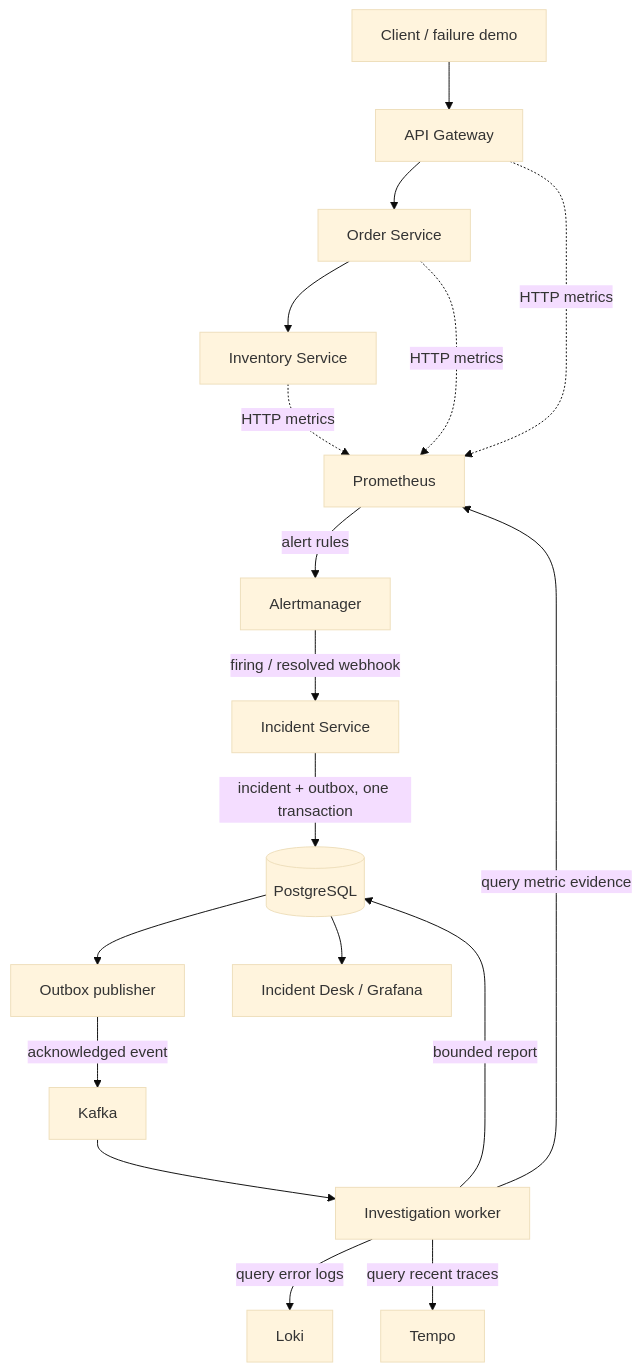
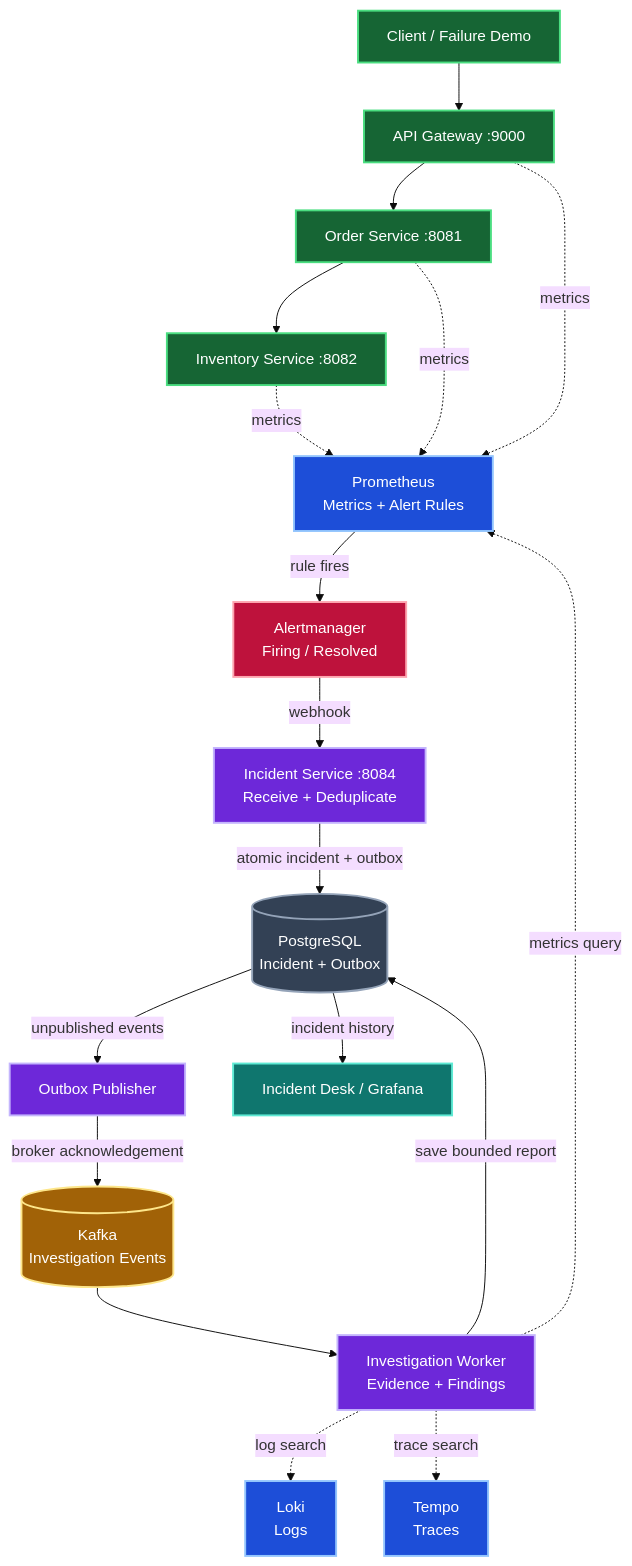
The diagram in README.md (Abhay123abhi/event-driven-incident-observability), drawn with Mermaid (base theme) before and after one commit.

Commit message:
docs: color and clarify the original incident architecture flowchart

````diff
--- a/README.md
+++ b/README.md
@@ -13,20 +13,36 @@
 ```mermaid
 flowchart TD
-    A["Client / failure demo"] --> G["API Gateway"]
-    G --> O["Order Service"]
-    O --> I["Inventory Service"]
-    G -. "HTTP metrics" .-> P["Prometheus"]
-    O -. "HTTP metrics" .-> P
-    I -. "HTTP metrics" .-> P
-    P -->|"alert rules"| AM["Alertmanager"]
-    AM -->|"firing / resolved webhook"| S["Incident Service"]
-    S -->|"incident + outbox, one transaction"| DB[("PostgreSQL")]
-    DB --> PUB["Outbox publisher"]
-    PUB -->|"acknowledged event"| K["Kafka"]
-    K --> W["Investigation worker"]
-    W -->|"query metric evidence"| P
-    W -->|"query error logs"| L["Loki"]
-    W -->|"query recent traces"| T["Tempo"]
-    W -->|"bounded report"| DB
-    DB --> UI["Incident Desk / Grafana"]
+    A["Client / Failure Demo"] --> G["API Gateway :9000"]
+    G --> O["Order Service :8081"]
+    O --> I["Inventory Service :8082"]
+    G -. "metrics" .-> P["Prometheus<br/>Metrics + Alert Rules"]
+    O -. "metrics" .-> P
+    I -. "metrics" .-> P
+    P -->|"rule fires"| AM["Alertmanager<br/>Firing / Resolved"]
+    AM -->|"webhook"| S["Incident Service :8084<br/>Receive + Deduplicate"]
+    S -->|"atomic incident + outbox"| DB[("PostgreSQL<br/>Incident + Outbox")]
+    DB -->|"unpublished events"| PUB["Outbox Publisher"]
+    PUB -->|"broker acknowledgement"| K[("Kafka<br/>Investigation Events")]
+    K --> W["Investigation Worker<br/>Evidence + Findings"]
+    W -. "metrics query" .-> P
+    W -. "log search" .-> L["Loki<br/>Logs"]
+    W -. "trace search" .-> T["Tempo<br/>Traces"]
+    W -->|"save bounded report"| DB
+    DB -->|"incident history"| UI["Incident Desk / Grafana"]
+
+    classDef workload fill:#166534,stroke:#4ade80,color:#ffffff,stroke-width:2px;
+    classDef observability fill:#1d4ed8,stroke:#93c5fd,color:#ffffff,stroke-width:2px;
+    classDef alert fill:#be123c,stroke:#fda4af,color:#ffffff,stroke-width:2px;
+    classDef incident fill:#6d28d9,stroke:#c4b5fd,color:#ffffff,stroke-width:2px;
+    classDef datastore fill:#334155,stroke:#94a3b8,color:#ffffff,stroke-width:2px;
+    classDef messaging fill:#a16207,stroke:#fde68a,color:#ffffff,stroke-width:2px;
+    classDef dashboard fill:#0f766e,stroke:#5eead4,color:#ffffff,stroke-width:2px;
+
+    class A,G,O,I workload;
+    class P,L,T observability;
+    class AM alert;
+    class S,PUB,W incident;
+    class DB datastore;
+    class K messaging;
+    class UI dashboard;
 ```
````
